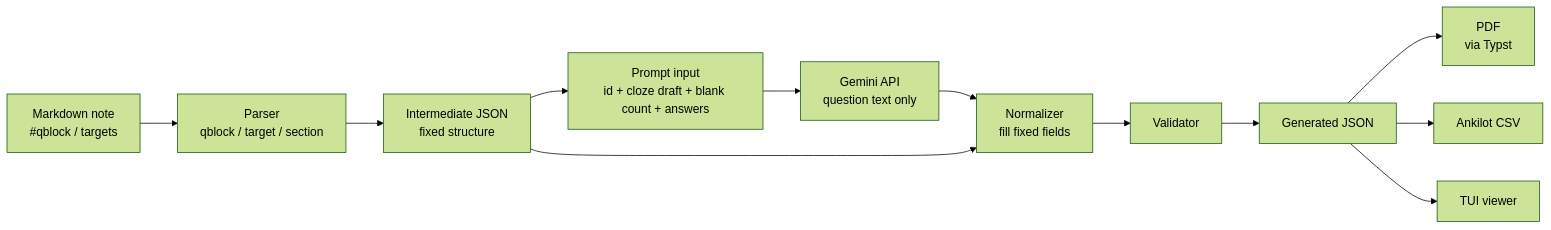
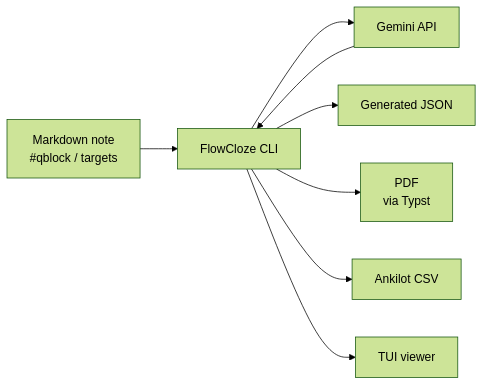
Before and after one commit to sankaku789/FlowCloze: the diagram in README.en.md, drawn with Mermaid (forest theme). The commit also changed other lines of this file and 22 other files, not shown here.

````diff
--- a/README.en.md
+++ b/README.en.md
@@ -38,14 +37,10 @@
 ```mermaid
 flowchart LR
-    note[Markdown note<br/>#qblock / targets] --> parse[Parser<br/>qblock / target / section]
-    parse --> intermediate[Intermediate JSON<br/>fixed structure]
-    intermediate --> prompt[Prompt input<br/>id + cloze draft + blank count + answers]
-    prompt --> gemini[Gemini API<br/>question text only]
-    gemini --> normalize[Normalizer<br/>fill fixed fields]
-    intermediate --> normalize
-    normalize --> validate[Validator]
-    validate --> json[Generated JSON]
-    json --> pdf[PDF<br/>via Typst]
-    json --> csv[Ankilot CSV]
-    json --> tui[TUI viewer]
+    note[Markdown note<br/>#qblock / targets] --> cli[FlowCloze CLI]
+    cli --> gemini[Gemini API]
+    gemini --> cli
+    cli --> json[Generated JSON]
+    cli --> pdf[PDF<br/>via Typst]
+    cli --> csv[Ankilot CSV]
+    cli --> tui[TUI viewer]
 ```
````
